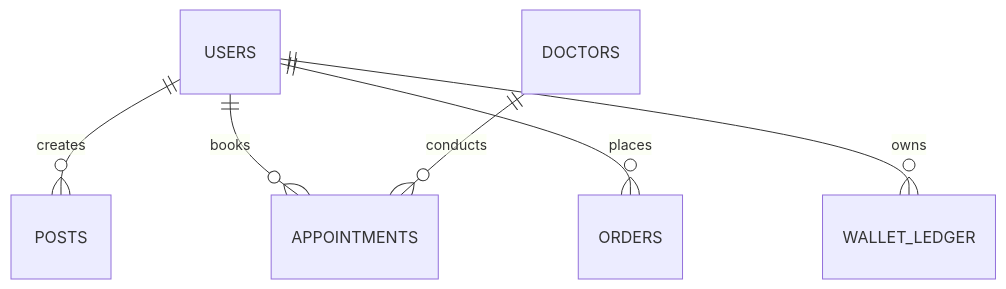
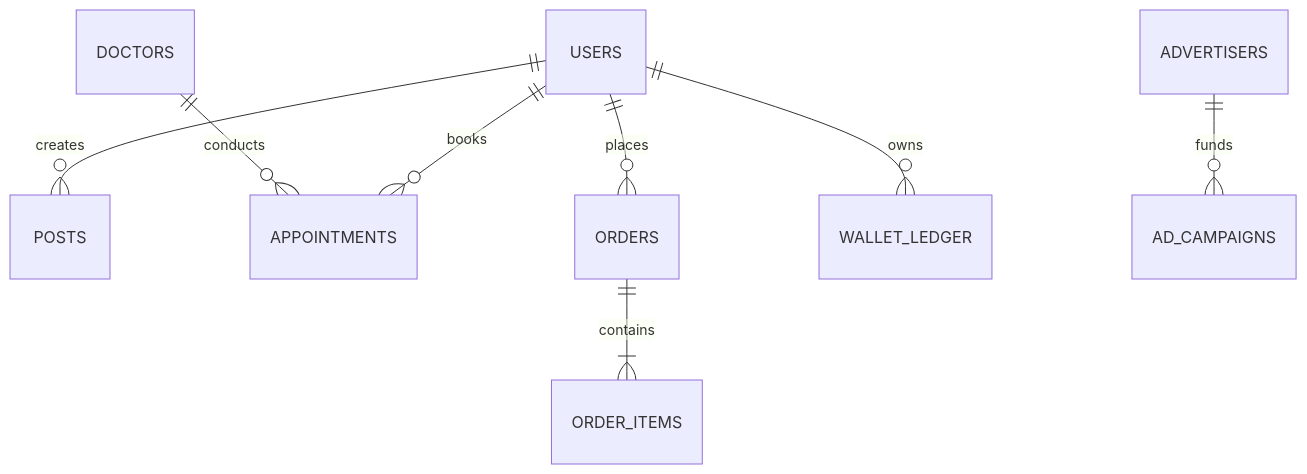
Before and after one commit to Khwa678/-Project--Jorniz: the fourth of 5 diagrams in docs/ARCHITECTURE.md, drawn with Mermaid. The commit also changed other lines of this file and 34 other files, not shown here.

````diff
--- a/docs/ARCHITECTURE.md
+++ b/docs/ARCHITECTURE.md
@@ -62,8 +67,10 @@
 ```mermaid
 erDiagram
     USERS ||--o{ POSTS : creates
     USERS ||--o{ APPOINTMENTS : books
     DOCTORS ||--o{ APPOINTMENTS : conducts
     USERS ||--o{ ORDERS : places
+    ORDERS ||--|{ ORDER_ITEMS : contains
     USERS ||--o{ WALLET_LEDGER : owns
+    ADVERTISERS ||--o{ AD_CAMPAIGNS : funds
 ```
````
